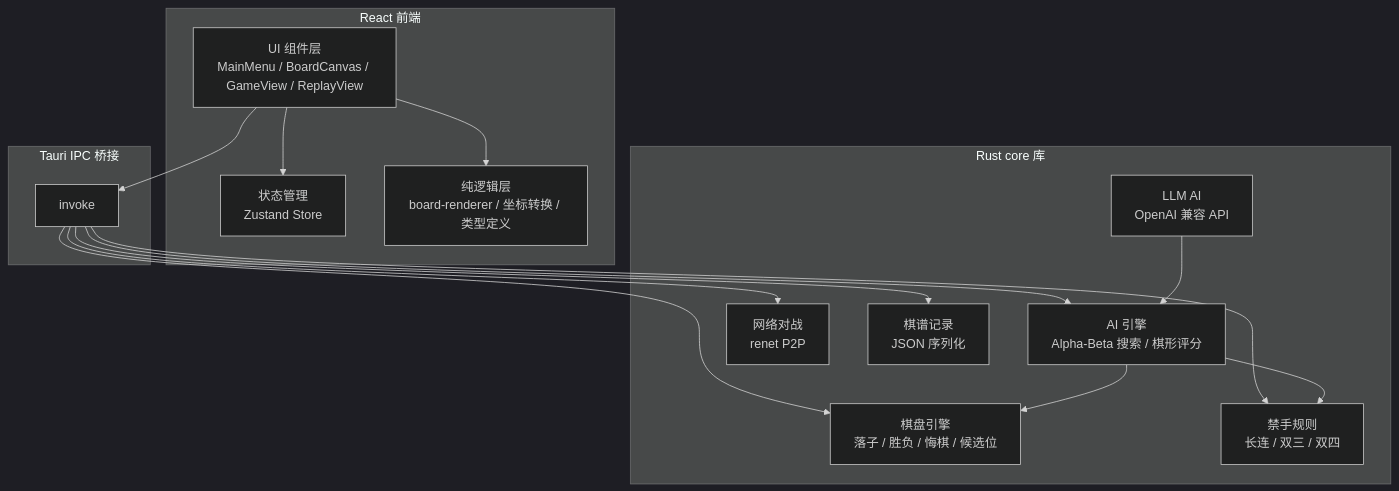
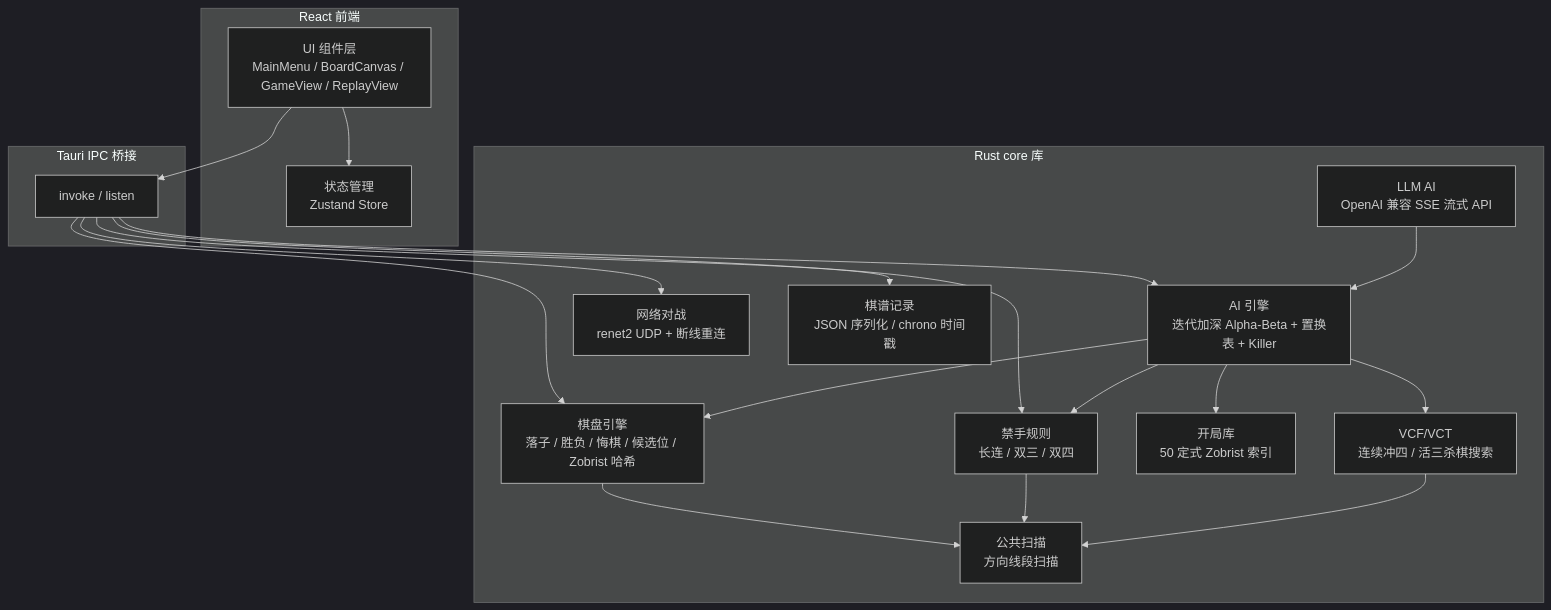
The first of 2 diagrams in README.md (LHY0125/Gobang-Game), drawn with Mermaid (dark theme) before and after one commit. The commit also changed other lines of this file and 12 other files, not shown here.

````diff
--- a/README.md
+++ b/README.md
@@ -26,33 +26,39 @@
 ```mermaid
 graph TB
     subgraph 前端["React 前端"]
         UI[UI 组件层<br/>MainMenu / BoardCanvas / GameView / ReplayView]
         Store[状态管理<br/>Zustand Store]
-        Core[纯逻辑层<br/>board-renderer / 坐标转换 / 类型定义]
         UI --> Store
-        UI --> Core
     end
 
     subgraph IPC["Tauri IPC 桥接"]
-        invoke[invoke]
+        invoke[invoke / listen]
     end
 
     subgraph 后端["Rust core 库"]
-        Board[棋盘引擎<br/>落子 / 胜负 / 悔棋 / 候选位]
+        Board[棋盘引擎<br/>落子 / 胜负 / 悔棋 / 候选位 / Zobrist 哈希]
         Rules[禁手规则<br/>长连 / 双三 / 双四]
-        AI[AI 引擎<br/>Alpha-Beta 搜索 / 棋形评分]
-        LLM[LLM AI<br/>OpenAI 兼容 API]
-        Network[网络对战<br/>renet P2P]
-        Record[棋谱记录<br/>JSON 序列化]
+        Scan[公共扫描<br/>方向线段扫描]
+        AI[AI 引擎<br/>迭代加深 Alpha-Beta + 置换表 + Killer]
+        Opening[开局库<br/>50 定式 Zobrist 索引]
+        VCF[VCF/VCT<br/>连续冲四 / 活三杀棋搜索]
+        LLM[LLM AI<br/>OpenAI 兼容 SSE 流式 API]
+        Network[网络对战<br/>renet2 UDP + 断线重连]
+        Record[棋谱记录<br/>JSON 序列化 / chrono 时间戳]
     end
 
     UI --> invoke
     invoke --> Board
     invoke --> AI
     invoke --> Network
     invoke --> Record
     invoke --> Rules
     LLM --> AI
     AI --> Board
     AI --> Rules
+    AI --> Opening
+    AI --> VCF
+    Board --> Scan
+    Rules --> Scan
+    VCF --> Scan
 ```
````
